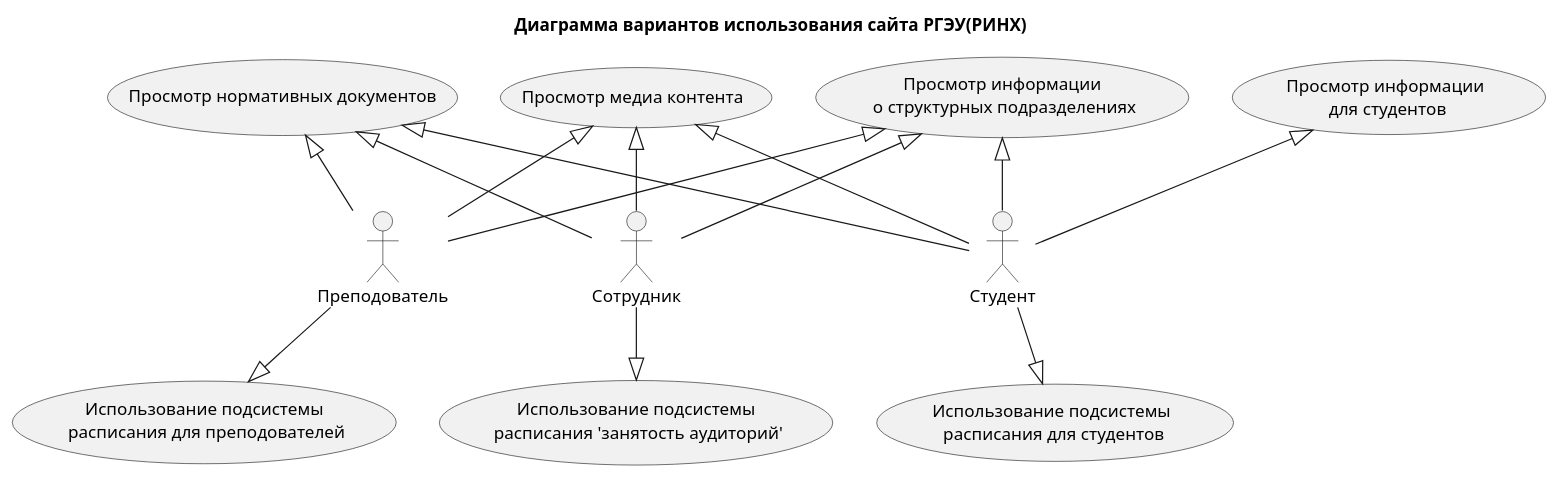
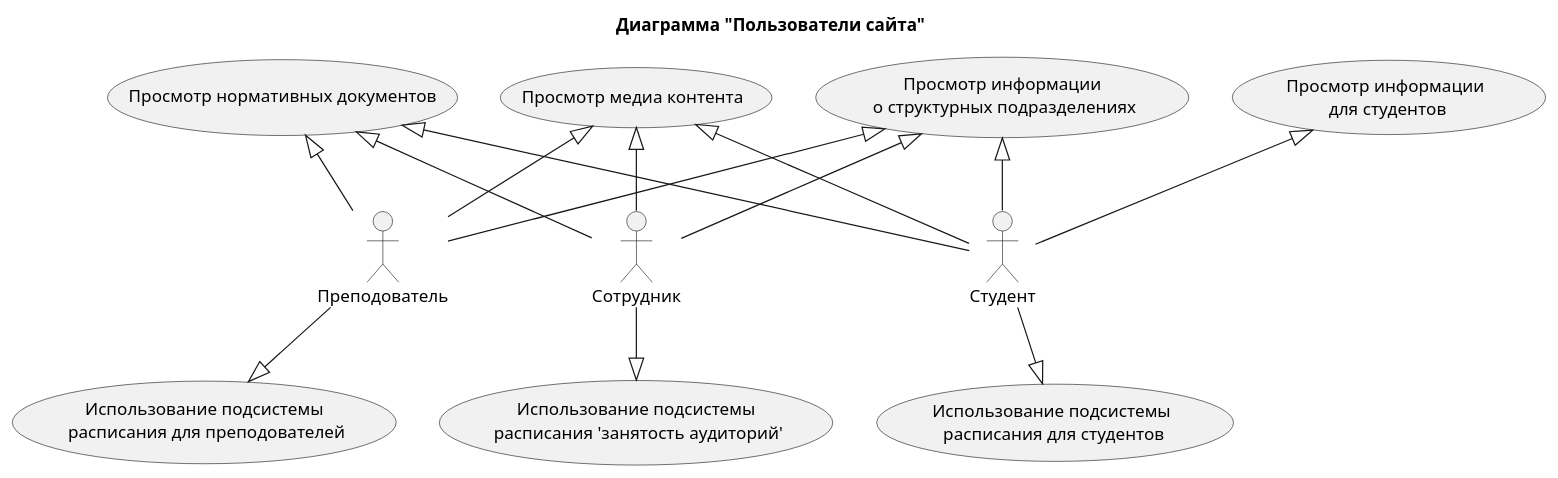
The diagram in diagrams/source/use_case/users_site.puml (kiselevvn/rsue_uml), drawn with PlantUML before and after one commit.

Commit message:
refactoring use case diagramm

```diff
--- a/diagrams/source/use_case/users_site.puml
+++ b/diagrams/source/use_case/users_site.puml
@@ -1,42 +1,43 @@
-@startuml
-title Диаграмма вариантов использования сайта РГЭУ(РИНХ)
+@startuml users_site
+
+title Диаграмма "Пользователи сайта"
 
 ' left to right direction
 
 ' Обявление актеров
 actor "Сотрудник" as employee
 actor "Преподователь" as teacher
 actor "Студент" as student
 
 
 usecase "Просмотр нормативных документов" as UC1
 usecase "Просмотр медиа контента" as UC2
 usecase "Просмотр информации\n для студентов" as UC3
 usecase "Просмотр информации\n о структурных подразделениях" as UC4
 usecase "Использование подсистемы\n расписания для студентов" as UC5
 usecase "Использование подсистемы\n расписания для преподователей" as UC6
 usecase "Использование подсистемы\n расписания 'занятость аудиторий'" as UC7
 
 UC1 <|-- employee
 UC1 <|-- teacher
 UC1 <|-- student
 
 UC2 <|-- employee
 UC2 <|-- teacher
 UC2 <|-- student
 
 UC3 <|-- student
 
 
 UC4 <|-- employee
 UC4 <|-- teacher
 UC4 <|-- student
 
 UC5 <|-up- student
 
 UC6 <|-up- teacher
 
 UC7 <|-up- employee
 
 
 @enduml
```
